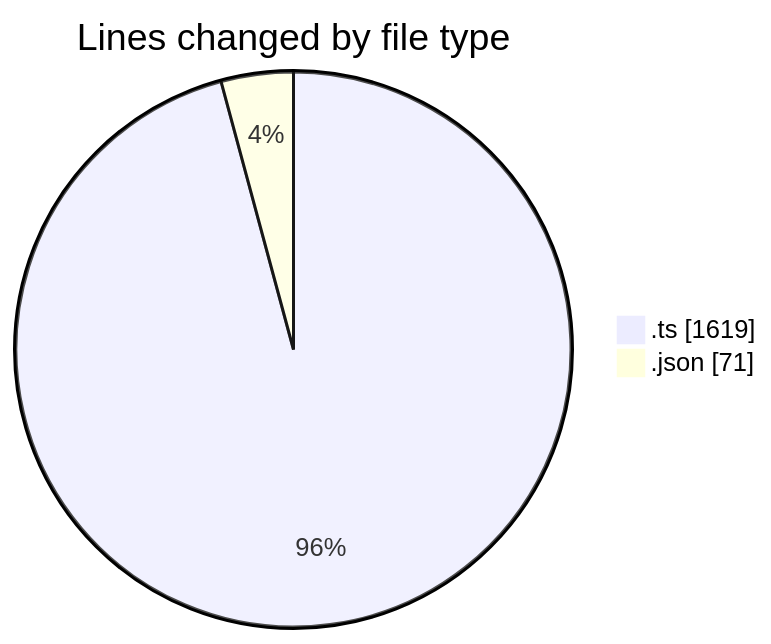
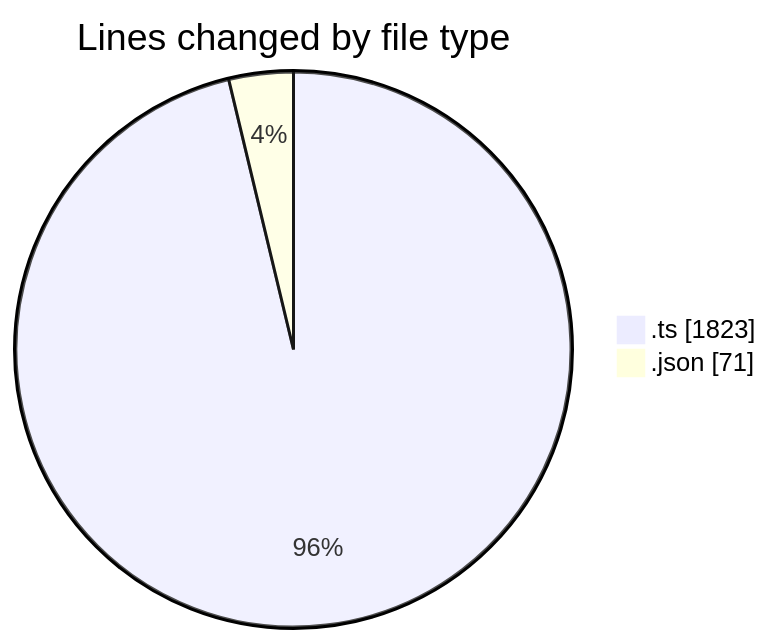
The first of 2 diagrams in 2025-09-13/hiai-phf/README.md (lephambinh05/code-tracking), drawn with Mermaid before and after one commit. The commit also changed other lines of this file and 1 other file, not shown here.

````diff
--- a/2025-09-13/hiai-phf/README.md
+++ b/2025-09-13/hiai-phf/README.md
@@ -27,6 +27,6 @@
 ```mermaid
 pie showData
 title Lines changed by file type
-".ts" : 1619
+".ts" : 1823
 ".json" : 71
 ```
````
